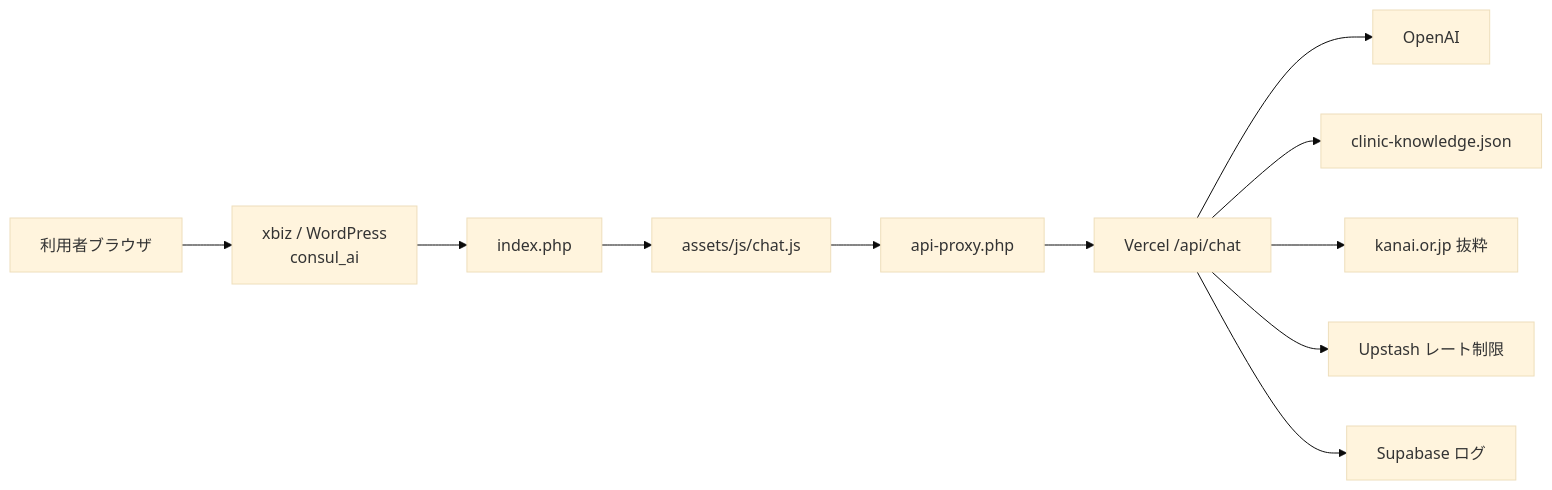
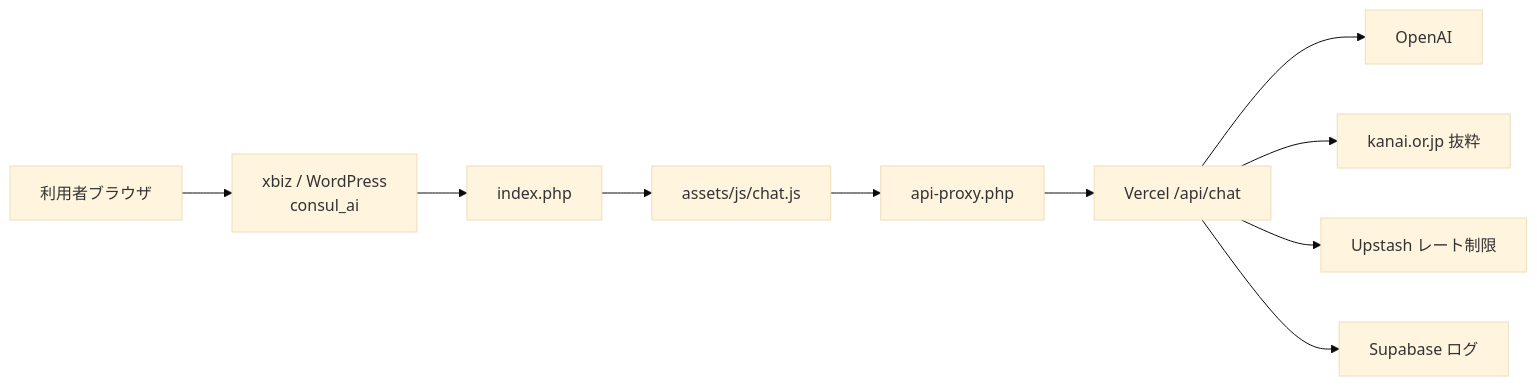
The diagram in docs/仕様書.md (st-spica/chat-kanai), drawn with Mermaid (base theme) before and after one commit. The commit also changed other lines of this file and 2 other files, not shown here.

````diff
--- a/docs/仕様書.md
+++ b/docs/仕様書.md
@@ -52,13 +51,12 @@
 ```mermaid
 flowchart LR
   U[利用者ブラウザ] --> WP[xbiz / WordPress<br/>consul_ai]
   WP --> IDX[index.php]
   IDX --> JS[assets/js/chat.js]
   JS --> PX[api-proxy.php]
   PX --> API[Vercel /api/chat]
   API --> OA[OpenAI]
-  API --> FAQ[clinic-knowledge.json]
   API --> WEB[kanai.or.jp 抜粋]
   API --> RL[Upstash レート制限]
   API --> LOG[Supabase ログ]
 ```
````
